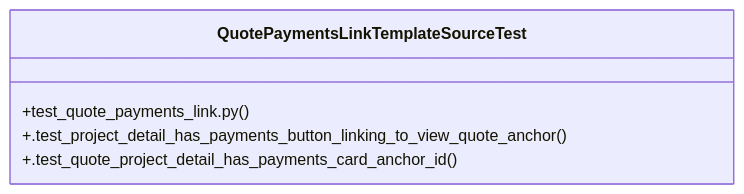
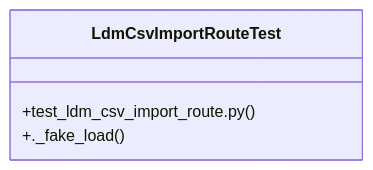
Before and after one commit to Daftrick/ProjectTracker: the diagram in graphify-out/wiki/Community_43.md, drawn with Mermaid. The commit also changed other lines of this file and 465 other files, not shown here.

````diff
--- a/graphify-out/wiki/Community_43.md
+++ b/graphify-out/wiki/Community_43.md
@@ -15,8 +14,7 @@
 ```mermaid
 classDiagram
-    class QuotePaymentsLinkTemplateSourceTest {
-        +test_quote_payments_link.py()
-        +.test_project_detail_has_payments_button_linking_to_view_quote_anchor()
-        +.test_quote_project_detail_has_payments_card_anchor_id()
+    class LdmCsvImportRouteTest {
+        +test_ldm_csv_import_route.py()
+        +._fake_load()
     }
 ```
````
